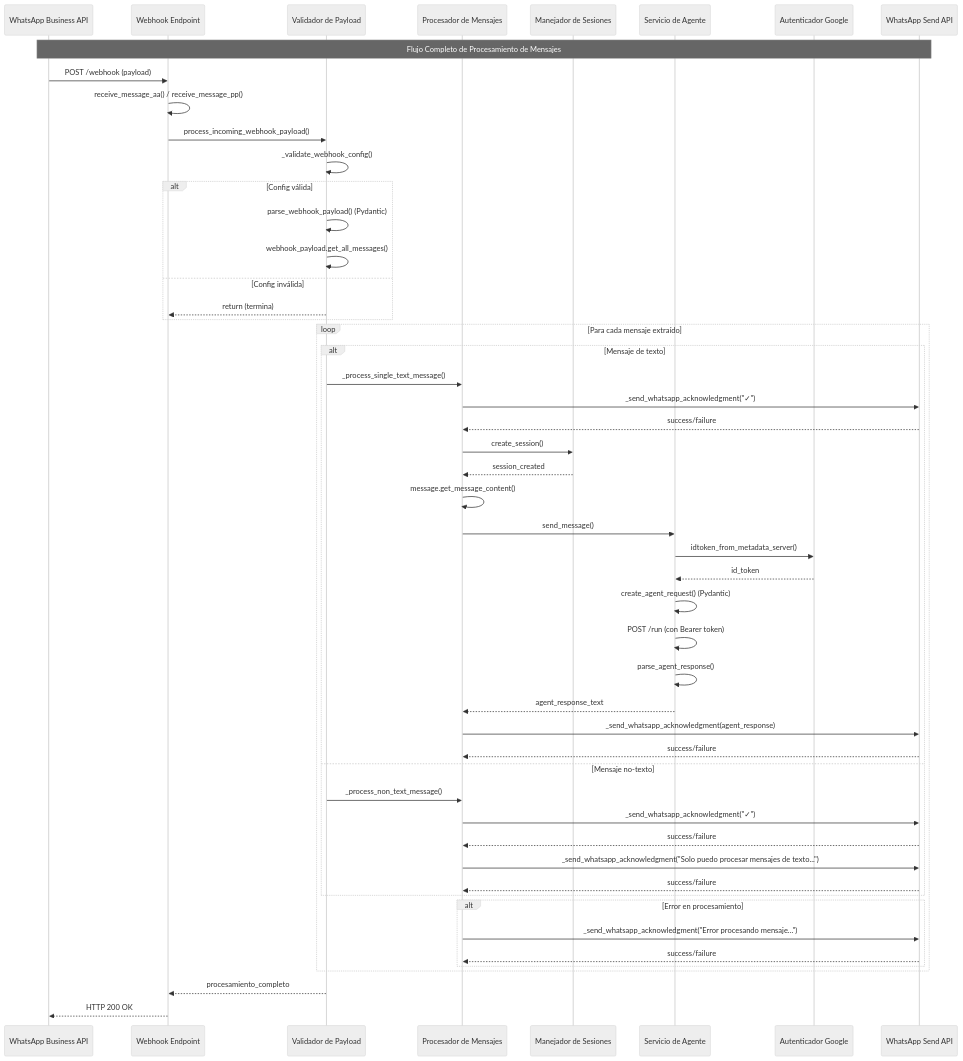
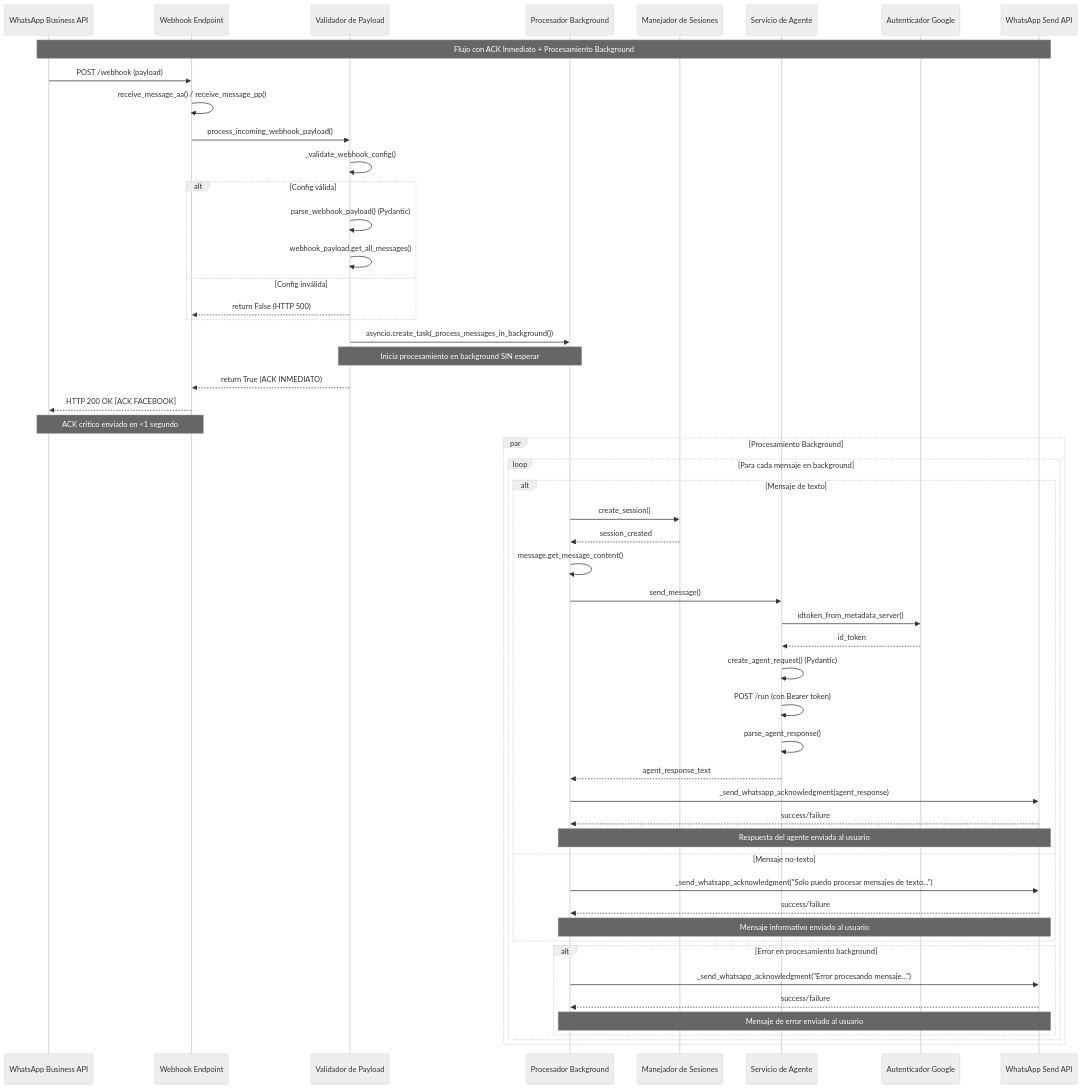
Before and after one commit to RodrigoVasquez/agro_extension_digital_project: the first of 2 diagrams in webhook-application/SEQUENCE_DIAGRAM.md, drawn with Mermaid (neutral theme). The commit also changed other lines of this file and 1 other file, not shown here.

````diff
--- a/webhook-application/SEQUENCE_DIAGRAM.md
+++ b/webhook-application/SEQUENCE_DIAGRAM.md
@@ -5,79 +5,75 @@
 ```mermaid
 sequenceDiagram
     participant WA as WhatsApp Business API
     participant WH as Webhook Endpoint
     participant VP as Validador de Payload
-    participant PM as Procesador de Mensajes
+    participant BG as Procesador Background
     participant SM as Manejador de Sesiones
     participant AG as Servicio de Agente
     participant AU as Autenticador Google
     participant WS as WhatsApp Send API
 
-    Note over WA, WS: Flujo Completo de Procesamiento de Mensajes
+    Note over WA, WS: Flujo con ACK Inmediato + Procesamiento Background
 
     %% 1. Recepción del webhook
     WA->>WH: POST /webhook (payload)
     WH->>WH: receive_message_aa() / receive_message_pp()
     WH->>VP: process_incoming_webhook_payload()
 
     %% 2. Validación inicial
     VP->>VP: _validate_webhook_config()
     alt Config válida
         VP->>VP: parse_webhook_payload() (Pydantic)
         VP->>VP: webhook_payload.get_all_messages()
     else Config inválida
-        VP-->>WH: return (termina)
+        VP-->>WH: return False (HTTP 500)
     end
 
-    %% 3. Procesamiento por tipo de mensaje
-    loop Para cada mensaje extraído
-        alt Mensaje de texto
-            VP->>PM: _process_single_text_message()
+    %% 3. ACK inmediato a Facebook
+    VP->>BG: asyncio.create_task(_process_messages_in_background())
+    Note over VP, BG: Inicia procesamiento en background SIN esperar
+    VP-->>WH: return True (ACK INMEDIATO)
+    WH-->>WA: HTTP 200 OK [ACK FACEBOOK]
+    Note over WH, WA: ACK crítico enviado en <1 segundo
+
+    %% 4. Procesamiento en background (paralelo)
+    par Procesamiento Background
+        loop Para cada mensaje en background
+            alt Mensaje de texto
+                BG->>SM: create_session()
+                SM-->>BG: session_created
+                
+                BG->>BG: message.get_message_content()
+                BG->>AG: send_message()
+                
+                %% Autenticación con el agente
+                AG->>AU: idtoken_from_metadata_server()
+                AU-->>AG: id_token
+                
+                %% Comunicación con agente
+                AG->>AG: create_agent_request() (Pydantic)
+                AG->>AG: POST /run (con Bearer token)
+                AG->>AG: parse_agent_response()
+                AG-->>BG: agent_response_text
+                
+                %% Envío de respuesta al usuario
+                BG->>WS: _send_whatsapp_acknowledgment(agent_response)
+                WS-->>BG: success/failure
+                Note over BG, WS: Respuesta del agente enviada al usuario
+                
+            else Mensaje no-texto
+                %% Mensaje informativo directo
+                BG->>WS: _send_whatsapp_acknowledgment("Solo puedo procesar mensajes de texto...")
+                WS-->>BG: success/failure
+                Note over BG, WS: Mensaje informativo enviado al usuario
+            end
             
-            %% ACK inmediato
-            PM->>WS: _send_whatsapp_acknowledgment("✓")
-            WS-->>PM: success/failure
-            
-            %% Procesamiento con agente
-            PM->>SM: create_session()
-            SM-->>PM: session_created
-            
-            PM->>PM: message.get_message_content()
-            PM->>AG: send_message()
-            
-            %% Autenticación con el agente
-            AG->>AU: idtoken_from_metadata_server()
-            AU-->>AG: id_token
-            
-            %% Comunicación con agente
-            AG->>AG: create_agent_request() (Pydantic)
-            AG->>AG: POST /run (con Bearer token)
-            AG->>AG: parse_agent_response()
-            AG-->>PM: agent_response_text
-            
-            %% Envío de respuesta final
-            PM->>WS: _send_whatsapp_acknowledgment(agent_response)
-            WS-->>PM: success/failure
-            
-        else Mensaje no-texto
-            VP->>PM: _process_non_text_message()
-            
-            %% ACK inmediato
-            PM->>WS: _send_whatsapp_acknowledgment("✓")
-            WS-->>PM: success/failure
-            
-            %% Mensaje informativo
-            PM->>WS: _send_whatsapp_acknowledgment("Solo puedo procesar mensajes de texto...")
-            WS-->>PM: success/failure
-        end
-        
-        %% Manejo de errores
-        alt Error en procesamiento
-            PM->>WS: _send_whatsapp_acknowledgment("Error procesando mensaje...")
-            WS-->>PM: success/failure
+            %% Manejo de errores en background
+            alt Error en procesamiento background
+                BG->>WS: _send_whatsapp_acknowledgment("Error procesando mensaje...")
+                WS-->>BG: success/failure
+                Note over BG, WS: Mensaje de error enviado al usuario
+            end
         end
     end
-
-    VP-->>WH: procesamiento_completo
-    WH-->>WA: HTTP 200 OK
 ```
````
